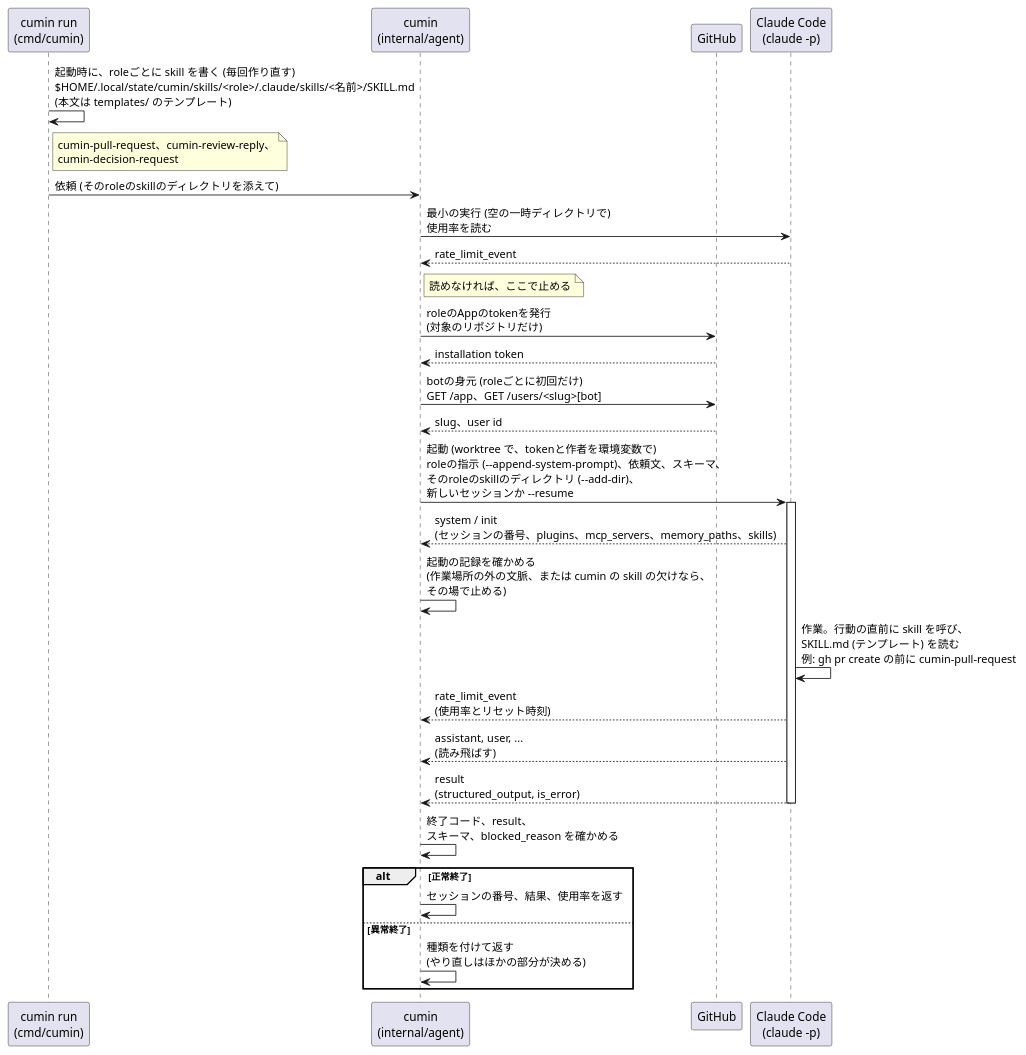
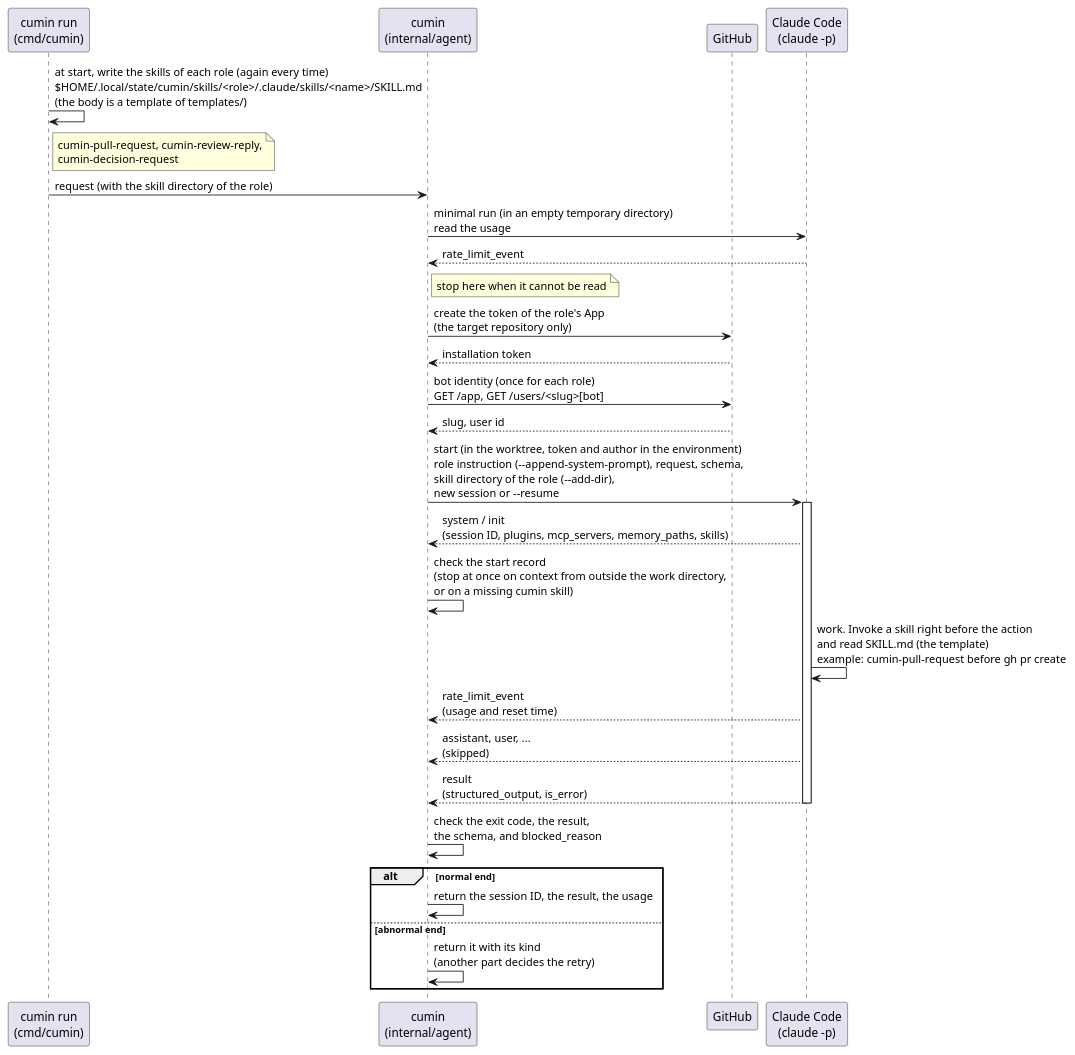
The diagram in docs/ja/designs/agent-run.puml (cloveclovedev/cumin-works), drawn with PlantUML before and after one commit. The commit also changed 19 other files, not shown here.

First line of the commit message:
docs(diagrams): write the labels of every diagram in English and give each row its own arrow (#216)

```diff
--- a/docs/ja/designs/agent-run.puml
+++ b/docs/ja/designs/agent-run.puml
@@ -1,38 +1,38 @@
 @startuml agent-run
 skinparam shadowing false
 skinparam defaultFontName sans-serif
 
 participant "cumin run\n(cmd/cumin)" as run
 participant "cumin\n(internal/agent)" as cumin
 participant "GitHub" as github
 participant "Claude Code\n(claude -p)" as claude
 
-run -> run : 起動時に、roleごとに skill を書く (毎回作り直す)\n$HOME/.local/state/cumin/skills/<role>/.claude/skills/<名前>/SKILL.md\n(本文は templates/ のテンプレート)
-note right of run : cumin-pull-request、cumin-review-reply、\ncumin-decision-request
-run -> cumin : 依頼 (そのroleのskillのディレクトリを添えて)
+run -> run : at start, write the skills of each role (again every time)\n$HOME/.local/state/cumin/skills/<role>/.claude/skills/<name>/SKILL.md\n(the body is a template of templates/)
+note right of run : cumin-pull-request, cumin-review-reply,\ncumin-decision-request
+run -> cumin : request (with the skill directory of the role)
 
-cumin -> claude : 最小の実行 (空の一時ディレクトリで)\n使用率を読む
+cumin -> claude : minimal run (in an empty temporary directory)\nread the usage
 claude --> cumin : rate_limit_event
-note right of cumin : 読めなければ、ここで止める
+note right of cumin : stop here when it cannot be read
 
-cumin -> github : roleのAppのtokenを発行\n(対象のリポジトリだけ)
+cumin -> github : create the token of the role's App\n(the target repository only)
 github --> cumin : installation token
-cumin -> github : botの身元 (roleごとに初回だけ)\nGET /app、GET /users/<slug>[bot]
-github --> cumin : slug、user id
+cumin -> github : bot identity (once for each role)\nGET /app, GET /users/<slug>[bot]
+github --> cumin : slug, user id
 
-cumin -> claude : 起動 (worktree で、tokenと作者を環境変数で)\nroleの指示 (--append-system-prompt)、依頼文、スキーマ、\nそのroleのskillのディレクトリ (--add-dir)、\n新しいセッションか --resume
+cumin -> claude : start (in the worktree, token and author in the environment)\nrole instruction (--append-system-prompt), request, schema,\nskill directory of the role (--add-dir),\nnew session or --resume
 activate claude
-claude --> cumin : system / init\n(セッションの番号、plugins、mcp_servers、memory_paths、skills)
-cumin -> cumin : 起動の記録を確かめる\n(作業場所の外の文脈、または cumin の skill の欠けなら、\nその場で止める)
-claude -> claude : 作業。行動の直前に skill を呼び、\nSKILL.md (テンプレート) を読む\n例: gh pr create の前に cumin-pull-request
-claude --> cumin : rate_limit_event\n(使用率とリセット時刻)
-claude --> cumin : assistant, user, ...\n(読み飛ばす)
+claude --> cumin : system / init\n(session ID, plugins, mcp_servers, memory_paths, skills)
+cumin -> cumin : check the start record\n(stop at once on context from outside the work directory,\nor on a missing cumin skill)
+claude -> claude : work. Invoke a skill right before the action\nand read SKILL.md (the template)\nexample: cumin-pull-request before gh pr create
+claude --> cumin : rate_limit_event\n(usage and reset time)
+claude --> cumin : assistant, user, ...\n(skipped)
 claude --> cumin : result\n(structured_output, is_error)
 deactivate claude
-cumin -> cumin : 終了コード、result、\nスキーマ、blocked_reason を確かめる
-alt 正常終了
-  cumin -> cumin : セッションの番号、結果、使用率を返す
-else 異常終了
-  cumin -> cumin : 種類を付けて返す\n(やり直しはほかの部分が決める)
+cumin -> cumin : check the exit code, the result,\nthe schema, and blocked_reason
+alt normal end
+  cumin -> cumin : return the session ID, the result, the usage
+else abnormal end
+  cumin -> cumin : return it with its kind\n(another part decides the retry)
 end
 @enduml
```
